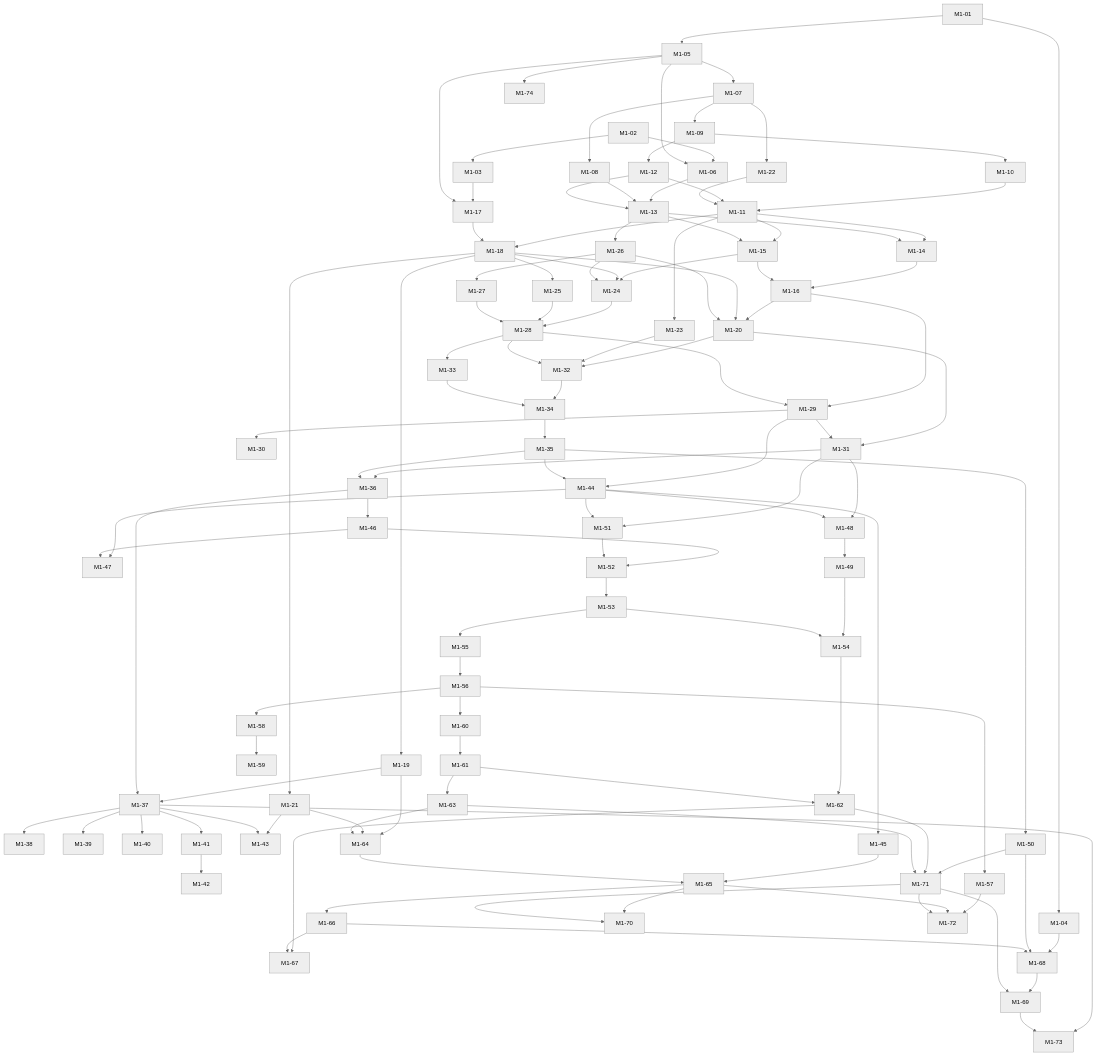
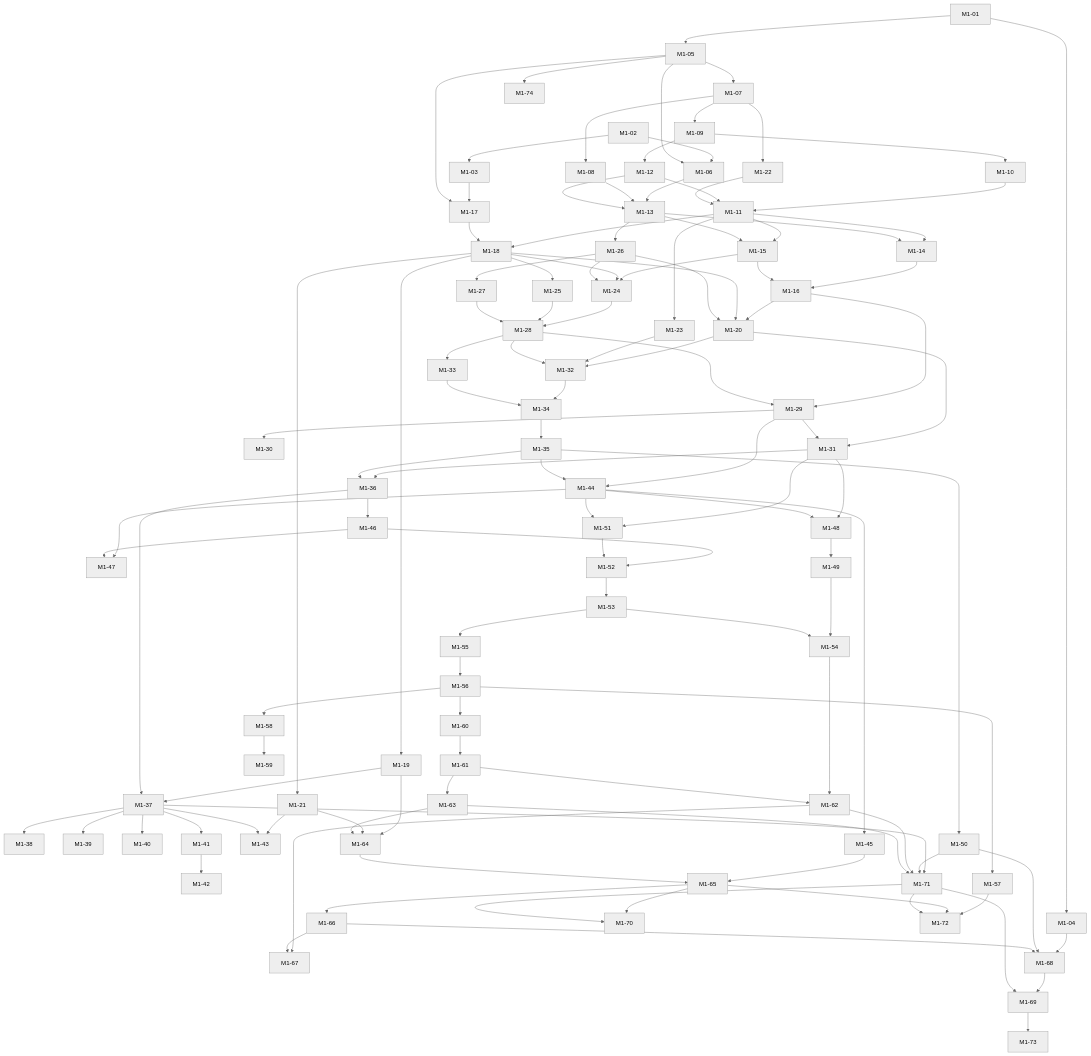
Before and after one commit to mguttmann/bothy: the diagram in docs/briefs/README.md, drawn with Mermaid (neutral theme). The commit also changed other lines of this file and 30 other files, not shown here.

````diff
--- a/docs/briefs/README.md
+++ b/docs/briefs/README.md
@@ -397,13 +397,13 @@
   M1_71 --> M1_69
   M1_65 --> M1_70
   M1_71 --> M1_70
+  M1_37 --> M1_71
   M1_50 --> M1_71
   M1_62 --> M1_71
   M1_63 --> M1_71
   M1_57 --> M1_72
   M1_65 --> M1_72
   M1_71 --> M1_72
-  M1_37 --> M1_73
   M1_69 --> M1_73
   M1_05 --> M1_74
 ```
````
